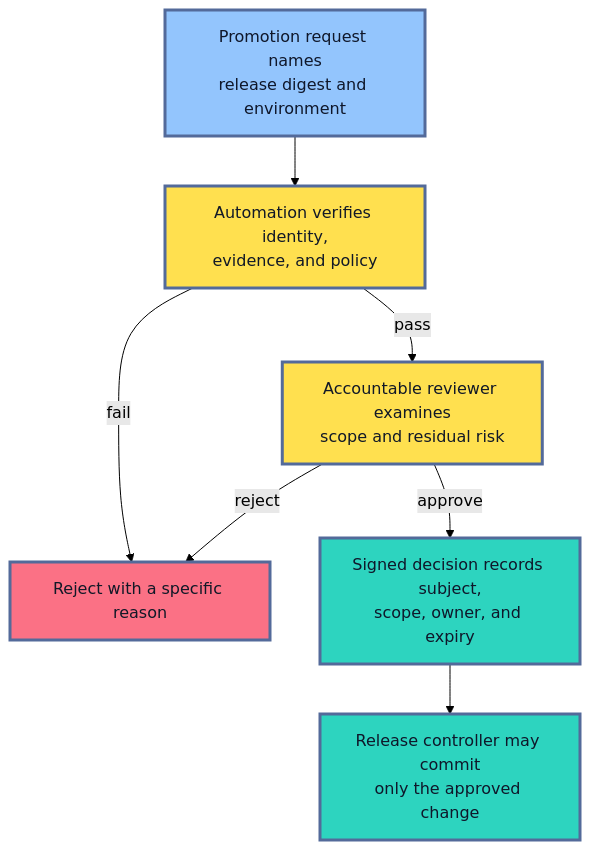
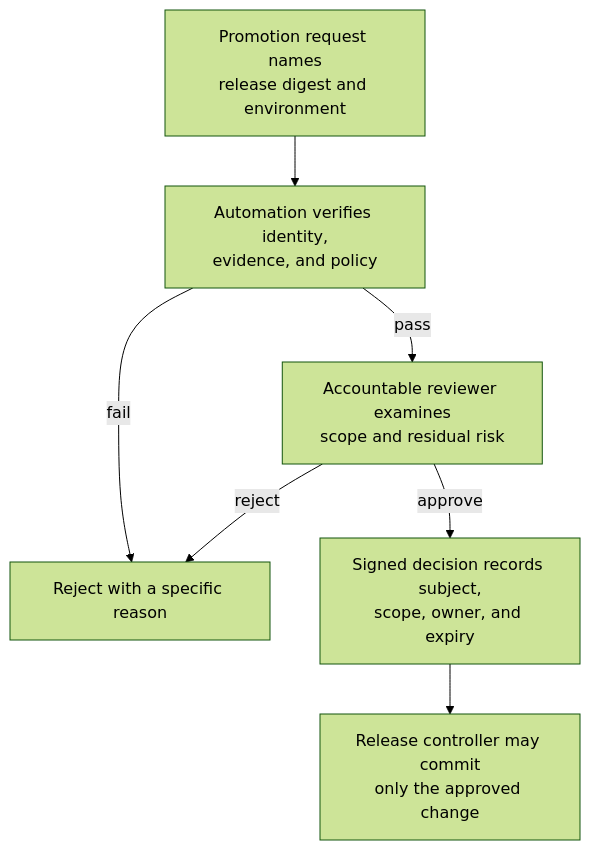
The fourth of 7 diagrams in roadmaps/mlops/modules/deployment-and-release-management/model-release-basics/03-artifact-promotion.md (senlinyy/dev-roadmaps), drawn with Mermaid (forest theme) before and after one commit. The commit also changed other lines of this file and 152 other files, not shown here.

Commit message:
feat: mlops and diagrams updated

````diff
--- a/roadmaps/mlops/modules/deployment-and-release-management/model-release-basics/03-artifact-promotion.md
+++ b/roadmaps/mlops/modules/deployment-and-release-management/model-release-basics/03-artifact-promotion.md
@@ -244,18 +235,14 @@
 ```mermaid
 flowchart TD
     R["Promotion request names<br/>release digest and environment"] --> A["Automation verifies identity,<br/>evidence, and policy"]
     A -->|fail| X["Reject with a specific reason"]
     A -->|pass| H["Accountable reviewer examines<br/>scope and residual risk"]
     H -->|reject| X
     H -->|approve| D["Signed decision records subject,<br/>scope, owner, and expiry"]
     D --> P["Release controller may commit<br/>only the approved change"]
 
-    classDef request fill:#93C5FD,stroke:#536A9A,stroke-width:3px,color:#0F172A
-    classDef check fill:#FFE04F,stroke:#536A9A,stroke-width:3px,color:#111827
-    classDef stop fill:#FB7185,stroke:#536A9A,stroke-width:3px,color:#111827
-    classDef allow fill:#2DD4BF,stroke:#536A9A,stroke-width:3px,color:#0F172A
     class R request
     class A,H check
     class X stop
     class D,P allow
 ```
````
